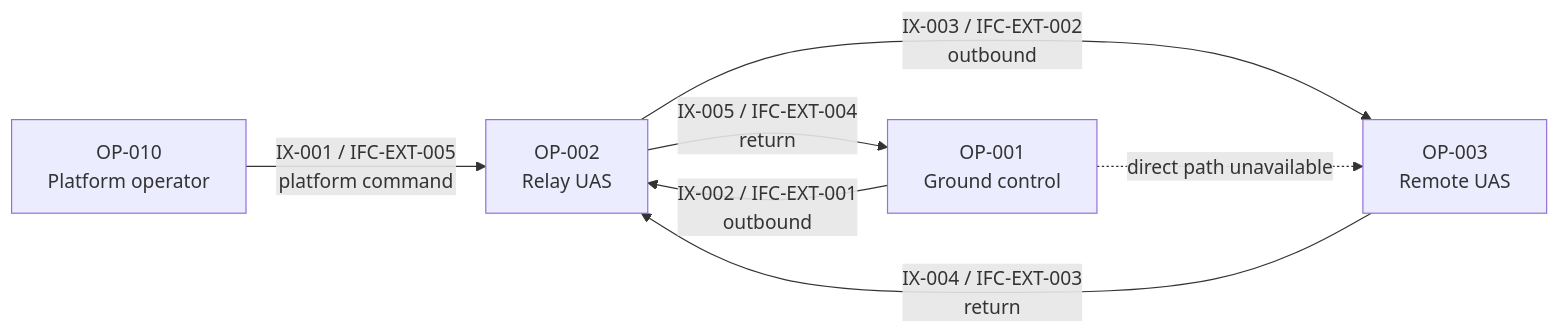
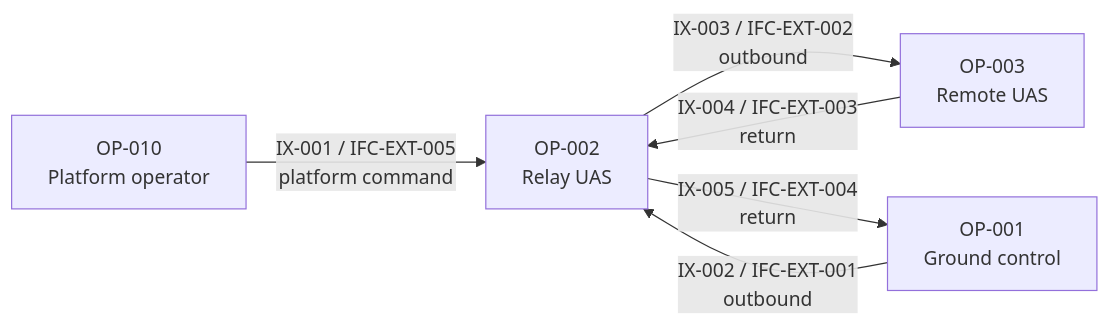
Before and after one commit to noahstephenson/low-cost-relay-uas: the fifth of 13 diagrams in architecture.md, drawn with Mermaid. The commit also changed other lines of this file and 11 other files, not shown here.

````diff
--- a/architecture.md
+++ b/architecture.md
@@ -153,10 +177,9 @@
 ```mermaid
 flowchart LR
     %% Configuration scope: CFG-REP / CFG-DOM
     OP_010["OP-010<br/>Platform operator"] -->|"IX-001 / IFC-EXT-005<br/>platform command"| OP_002["OP-002<br/>Relay UAS"]
     OP_001["OP-001<br/>Ground control"] -->|"IX-002 / IFC-EXT-001<br/>outbound"| OP_002
     OP_002 -->|"IX-003 / IFC-EXT-002<br/>outbound"| OP_003["OP-003<br/>Remote UAS"]
     OP_003 -->|"IX-004 / IFC-EXT-003<br/>return"| OP_002
     OP_002 -->|"IX-005 / IFC-EXT-004<br/>return"| OP_001
-    OP_001 -.->|"direct path unavailable"| OP_003
 ```
````
